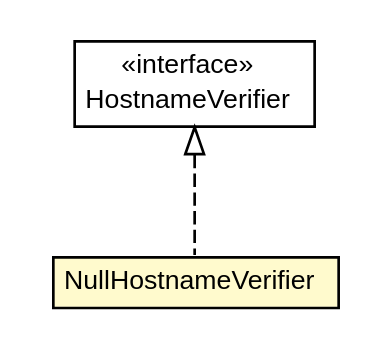
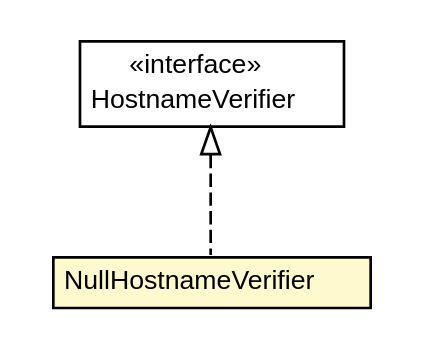
The diagram in apidocs/net/trajano/commons/testing/internal/NullHostnameVerifier.dot (trajano/commons-testing), drawn with Graphviz before and after one commit. The commit also changed 140 other files, not shown here.

```diff
--- a/apidocs/net/trajano/commons/testing/internal/NullHostnameVerifier.dot
+++ b/apidocs/net/trajano/commons/testing/internal/NullHostnameVerifier.dot
@@ -1,27 +1,27 @@
 #!/usr/local/bin/dot
 #
 # Class diagram 
 # Generated by UMLGraph version R5_6-24-gf6e263 (http://www.umlgraph.org/)
 #
 
 digraph G {
-	edge [fontname="arial",fontsize=10,labelfontname="arial",labelfontsize=10];
-	node [fontname="arial",fontsize=10,shape=plaintext];
+	edge [fontname="Helvetica",fontsize=10,labelfontname="Helvetica",labelfontsize=10];
+	node [fontname="Helvetica",fontsize=10,shape=plaintext];
 	nodesep=0.25;
 	ranksep=0.5;
 	// net.trajano.commons.testing.internal.NullHostnameVerifier
-	c21 [label=<<table title="net.trajano.commons.testing.internal.NullHostnameVerifier" border="0" cellborder="1" cellspacing="0" cellpadding="2" port="p" bgcolor="lemonChiffon" href="./NullHostnameVerifier.html">
+	c20 [label=<<table title="net.trajano.commons.testing.internal.NullHostnameVerifier" border="0" cellborder="1" cellspacing="0" cellpadding="2" port="p" bgcolor="lemonChiffon" href="./NullHostnameVerifier.html">
 		<tr><td><table border="0" cellspacing="0" cellpadding="1">
 <tr><td align="center" balign="center"> NullHostnameVerifier </td></tr>
 		</table></td></tr>
-		</table>>, URL="./NullHostnameVerifier.html", fontname="arial", fontcolor="black", fontsize=10.0];
+		</table>>, URL="./NullHostnameVerifier.html", fontname="Helvetica", fontcolor="black", fontsize=10.0];
 	//net.trajano.commons.testing.internal.NullHostnameVerifier implements javax.net.ssl.HostnameVerifier
-	c22:p -> c21:p [dir=back,arrowtail=empty,style=dashed];
+	c22:p -> c20:p [dir=back,arrowtail=empty,style=dashed];
 	// javax.net.ssl.HostnameVerifier
 	c22 [label=<<table title="javax.net.ssl.HostnameVerifier" border="0" cellborder="1" cellspacing="0" cellpadding="2" port="p" href="http://java.sun.com/j2se/1.4.2/docs/api/javax/net/ssl/HostnameVerifier.html">
 		<tr><td><table border="0" cellspacing="0" cellpadding="1">
 <tr><td align="center" balign="center"> &#171;interface&#187; </td></tr>
 <tr><td align="center" balign="center"> HostnameVerifier </td></tr>
 		</table></td></tr>
-		</table>>, URL="http://java.sun.com/j2se/1.4.2/docs/api/javax/net/ssl/HostnameVerifier.html", fontname="arial", fontcolor="black", fontsize=10.0];
+		</table>>, URL="http://java.sun.com/j2se/1.4.2/docs/api/javax/net/ssl/HostnameVerifier.html", fontname="Helvetica", fontcolor="black", fontsize=10.0];
 }
```
